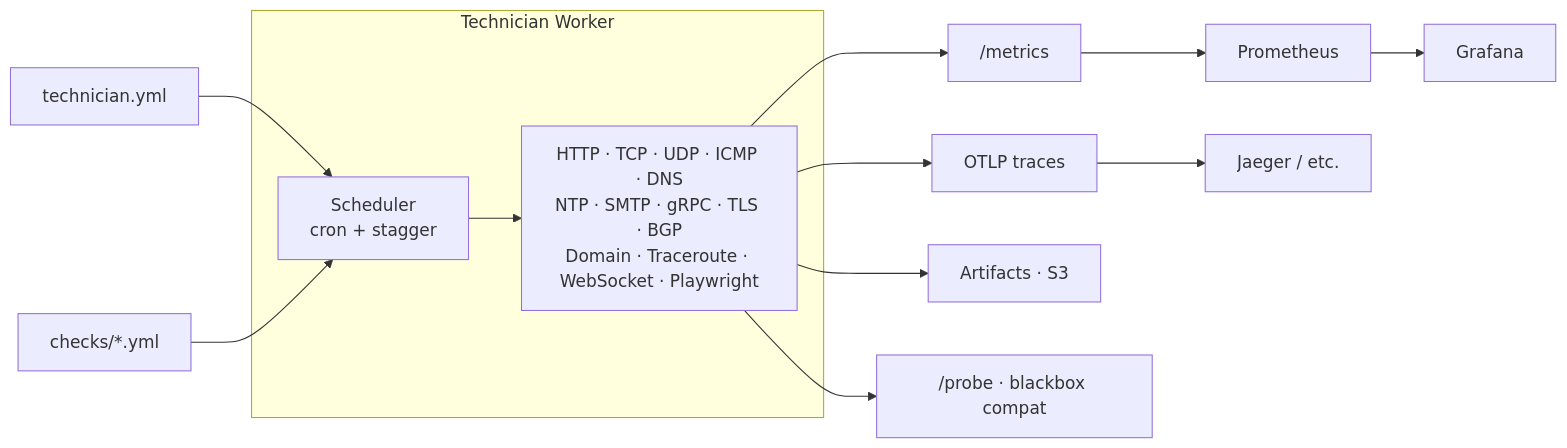
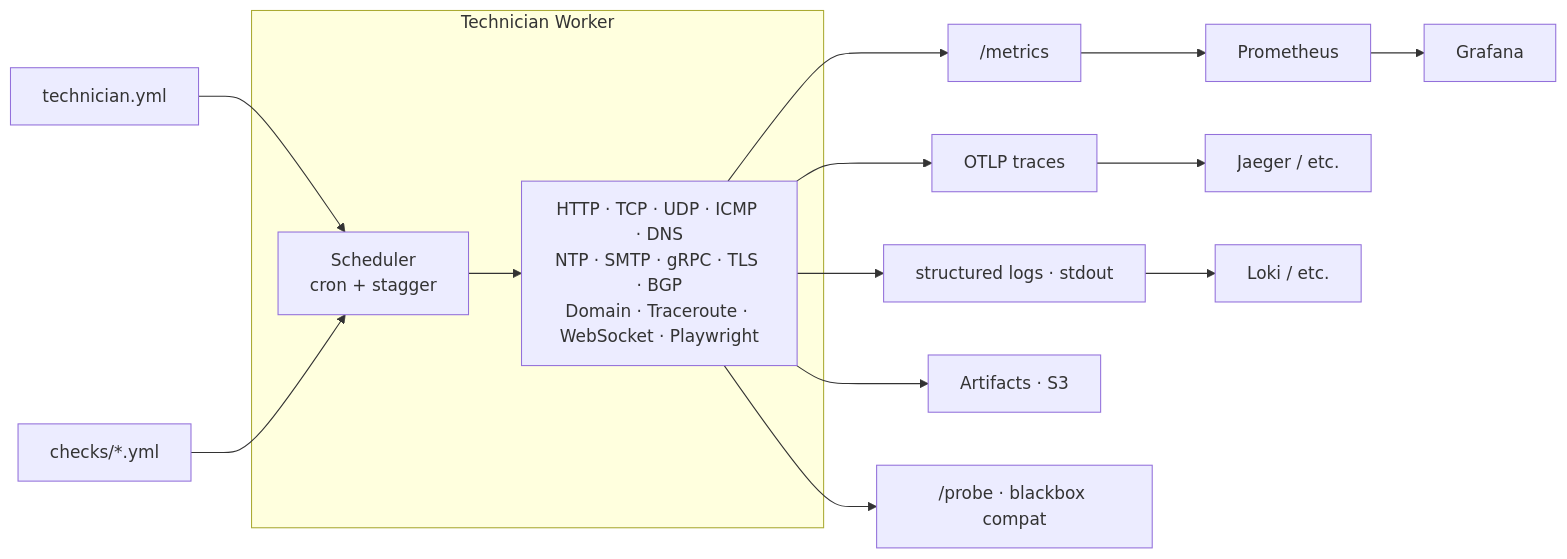
One commit to jesseheady/technician changed the diagram in README.md. Above: the diagram before and after it, drawn with Mermaid. The commit also changed other lines of this file and 12 other files, not shown here.

````diff
--- a/README.md
+++ b/README.md
@@ -31,19 +32,21 @@
 ```mermaid
 graph LR
     yml[technician.yml] --> sched
     checks[checks/*.yml] --> sched
 
     subgraph worker [Technician Worker]
         sched[Scheduler<br/>cron + stagger]
         checkers[HTTP · TCP · UDP · ICMP · DNS<br/>NTP · SMTP · gRPC · TLS · BGP<br/>Domain · Traceroute · WebSocket · Playwright]
         sched --> checkers
     end
 
     checkers --> metrics["/metrics"]
     checkers --> traces["OTLP traces"]
+    checkers --> logs["structured logs · stdout"]
     checkers --> artifacts["Artifacts · S3"]
     checkers --> check_ep["/probe · blackbox compat"]
 
     metrics --> prom[Prometheus] --> grafana[Grafana]
     traces --> jaeger[Jaeger / etc.]
+    logs --> loki[Loki / etc.]
 ```
````
